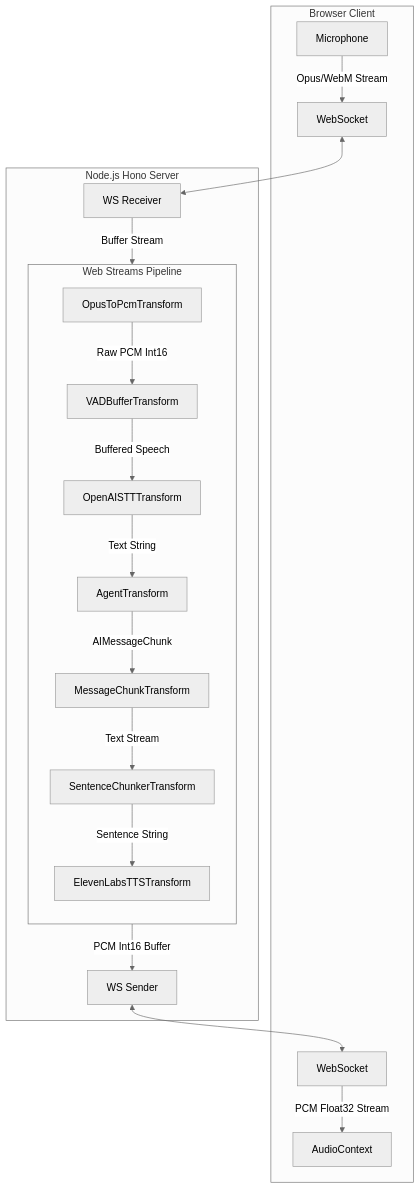
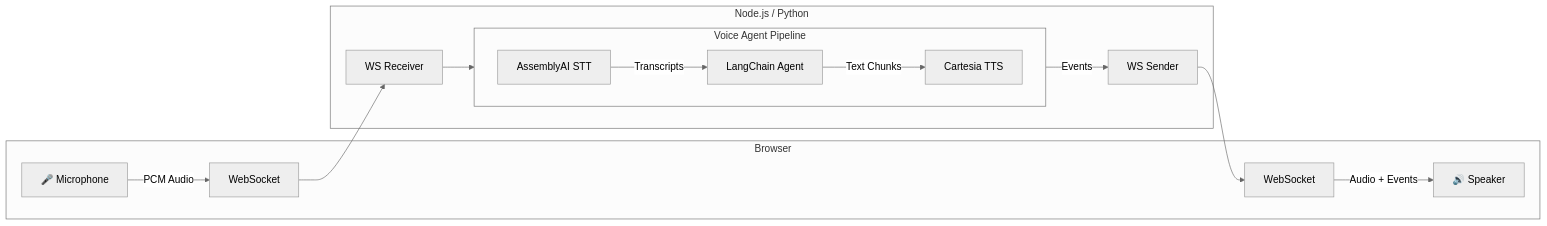
One commit to langchain-ai/voice-sandwich-demo changed the diagram in README.md. Above: the diagram before and after it, drawn with Mermaid (neutral theme). The commit also changed other lines of this file, not shown here.

````diff
--- a/README.md
+++ b/README.md
@@ -11,26 +9,22 @@
 ```mermaid
-flowchart TD
-    subgraph Client [Browser Client]
-        Mic[Microphone] -->|Opus/WebM Stream| WS_Out[WebSocket]
-        WS_In[WebSocket] -->|PCM Float32 Stream| Speaker[AudioContext]
+flowchart LR
+    subgraph Client [Browser]
+        Mic[🎤 Microphone] -->|PCM Audio| WS_Out[WebSocket]
+        WS_In[WebSocket] -->|Audio + Events| Speaker[🔊 Speaker]
     end
 
-    subgraph Server [Node.js Hono Server]
-        WS_Receiver[WS Receiver] -->|Buffer Stream| Pipeline
-        
-        subgraph Pipeline [Web Streams Pipeline]
-            direction TB
-            Opus[OpusToPcmTransform] -->|Raw PCM Int16| VAD[VADBufferTransform]
-            VAD -->|Buffered Speech| STT[OpenAISTTTransform]
-            STT -->|Text String| Agent[AgentTransform]
-            Agent -->|AIMessageChunk| Filter[MessageChunkTransform]
-            Filter -->|Text Stream| Chunker[SentenceChunkerTransform]
-            Chunker -->|Sentence String| TTS[ElevenLabsTTSTransform]
+    subgraph Server [Node.js / Python]
+        WS_Receiver[WS Receiver] --> Pipeline
+
+        subgraph Pipeline [Voice Agent Pipeline]
+            direction LR
+            STT[AssemblyAI STT] -->|Transcripts| Agent[LangChain Agent]
+            Agent -->|Text Chunks| TTS[Cartesia TTS]
         end
 
-        TTS -->|PCM Int16 Buffer| WS_Sender[WS Sender]
+        Pipeline -->|Events| WS_Sender[WS Sender]
     end
 
-    WS_Out <--> WS_Receiver
-    WS_Sender <--> WS_In
+    WS_Out --> WS_Receiver
+    WS_Sender --> WS_In
 ```
````
